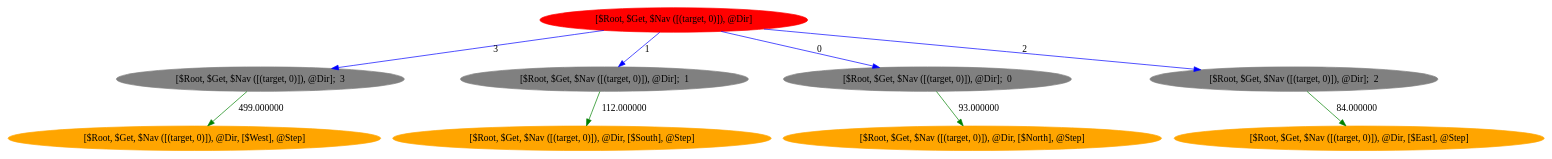
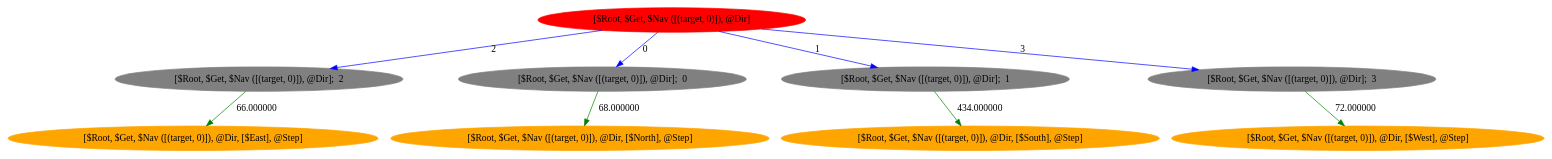
One commit to aijunbai/taxi changed the diagram in data/hierarchicalfsm-int_(0, 3, 0, 1)_transitions.dot. Above: the diagram before and after it, drawn with Graphviz. The commit also changed 38 other files, not shown here.

```diff
--- a/data/hierarchicalfsm-int_(0, 3, 0, 1)_transitions.dot
+++ b/data/hierarchicalfsm-int_(0, 3, 0, 1)_transitions.dot
@@ -1,21 +1,21 @@
 Digraph "" {
 ratio=fill
 node [style=filled];
 	1 [label="[$Root, $Get, $Nav ([(target, 0)]), @Dir]"][color="red"];
-	2 [label="[$Root, $Get, $Nav ([(target, 0)]), @Dir];  3"][color="gray"];
-	3 [label="[$Root, $Get, $Nav ([(target, 0)]), @Dir, [$West], @Step]"][color="orange"];
-	4 [label="[$Root, $Get, $Nav ([(target, 0)]), @Dir];  1"][color="gray"];
-	5 [label="[$Root, $Get, $Nav ([(target, 0)]), @Dir, [$South], @Step]"][color="orange"];
-	6 [label="[$Root, $Get, $Nav ([(target, 0)]), @Dir];  0"][color="gray"];
-	7 [label="[$Root, $Get, $Nav ([(target, 0)]), @Dir, [$North], @Step]"][color="orange"];
-	8 [label="[$Root, $Get, $Nav ([(target, 0)]), @Dir];  2"][color="gray"];
-	9 [label="[$Root, $Get, $Nav ([(target, 0)]), @Dir, [$East], @Step]"][color="orange"];
-	1 -> 8 [color="blue"][label="2"];
-	1 -> 6 [color="blue"][label="0"];
-	1 -> 4 [color="blue"][label="1"];
-	1 -> 2 [color="blue"][label="3"];
-	2 -> 3 [color="green"][label="499.000000"];
-	4 -> 5 [color="green"][label="112.000000"];
-	6 -> 7 [color="green"][label="93.000000"];
-	8 -> 9 [color="green"][label="84.000000"];
+	2 [label="[$Root, $Get, $Nav ([(target, 0)]), @Dir];  2"][color="gray"];
+	3 [label="[$Root, $Get, $Nav ([(target, 0)]), @Dir, [$East], @Step]"][color="orange"];
+	4 [label="[$Root, $Get, $Nav ([(target, 0)]), @Dir];  0"][color="gray"];
+	5 [label="[$Root, $Get, $Nav ([(target, 0)]), @Dir, [$North], @Step]"][color="orange"];
+	6 [label="[$Root, $Get, $Nav ([(target, 0)]), @Dir];  1"][color="gray"];
+	7 [label="[$Root, $Get, $Nav ([(target, 0)]), @Dir, [$South], @Step]"][color="orange"];
+	8 [label="[$Root, $Get, $Nav ([(target, 0)]), @Dir];  3"][color="gray"];
+	9 [label="[$Root, $Get, $Nav ([(target, 0)]), @Dir, [$West], @Step]"][color="orange"];
+	1 -> 8 [color="blue"][label="3"];
+	1 -> 6 [color="blue"][label="1"];
+	1 -> 4 [color="blue"][label="0"];
+	1 -> 2 [color="blue"][label="2"];
+	2 -> 3 [color="green"][label="66.000000"];
+	4 -> 5 [color="green"][label="68.000000"];
+	6 -> 7 [color="green"][label="434.000000"];
+	8 -> 9 [color="green"][label="72.000000"];
 }
```
